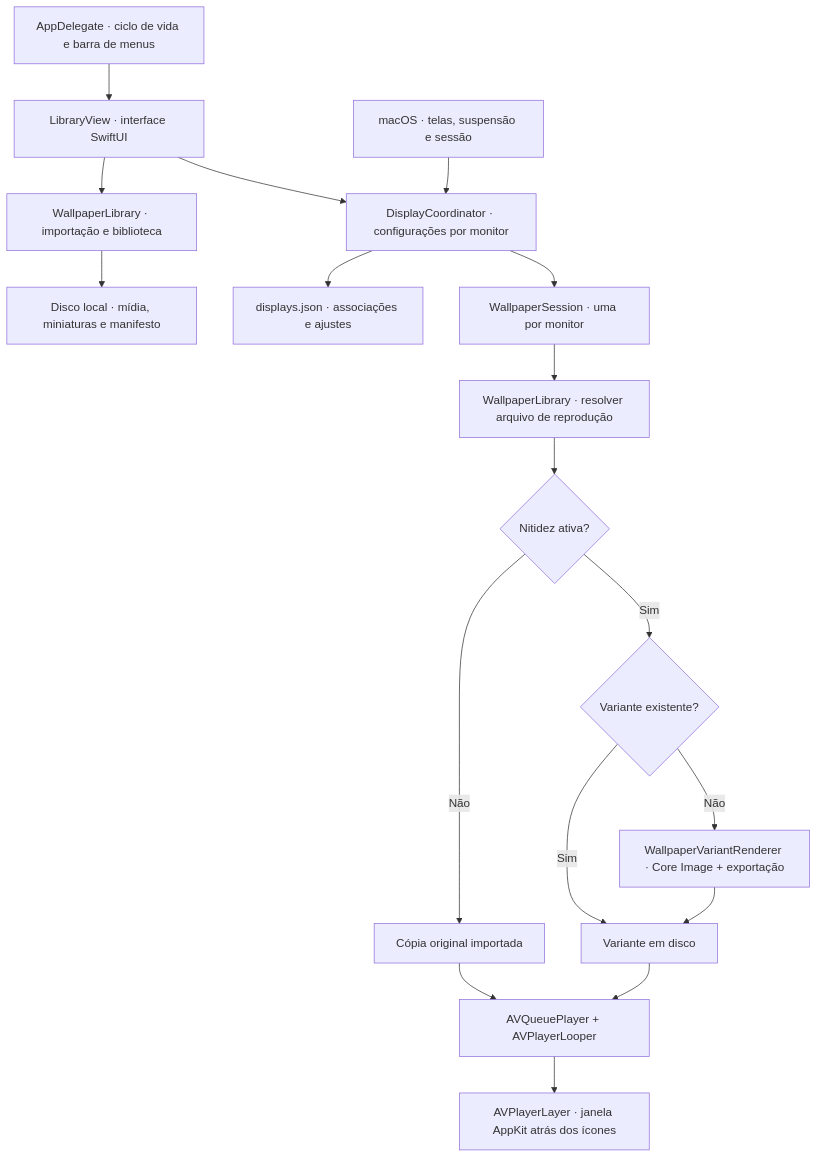
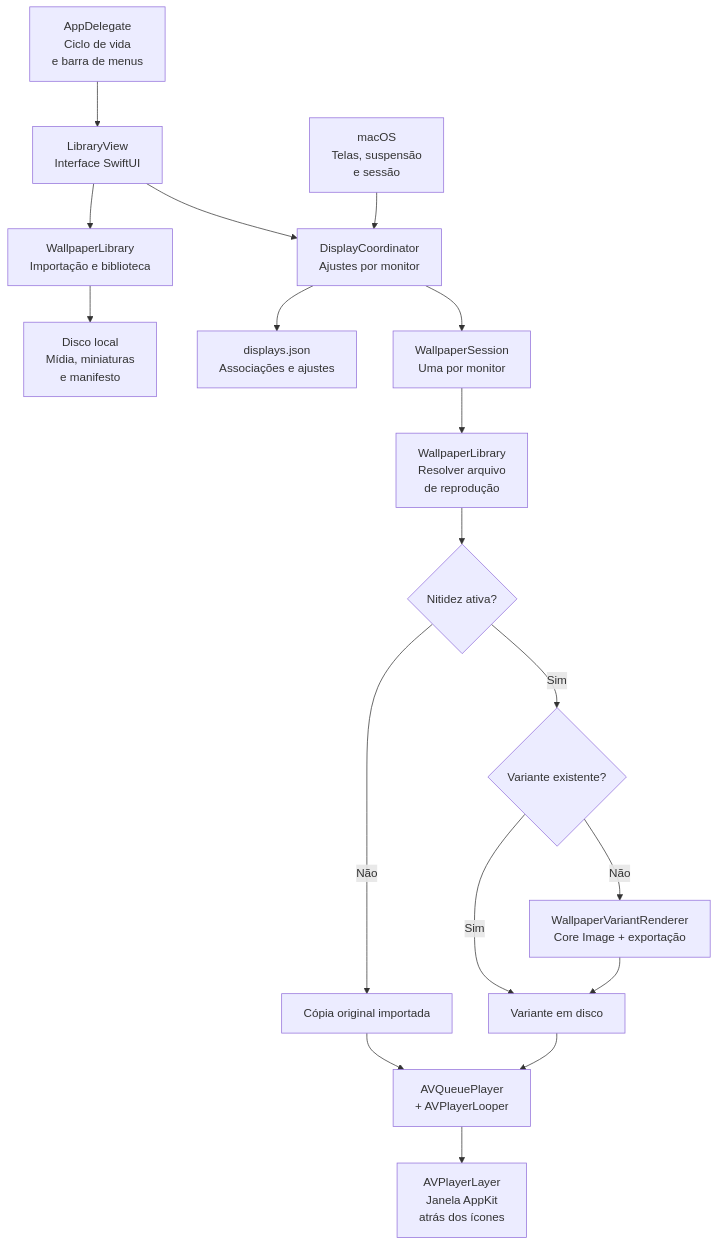
Before and after one commit to marcioecom/waypaper: the diagram in README.pt-BR.md, drawn with Mermaid. The commit also changed 1 other file, not shown here.

Commit message:
chore: rearrange flowchart names

````diff
--- a/README.pt-BR.md
+++ b/README.pt-BR.md
@@ -114,20 +114,20 @@
 ```mermaid
 flowchart TD
-    App["AppDelegate · ciclo de vida e barra de menus"] --> UI["LibraryView · interface SwiftUI"]
-    UI --> Library["WallpaperLibrary · importação e biblioteca"]
-    UI --> Coordinator["DisplayCoordinator · configurações por monitor"]
-    Library --> Files["Disco local · mídia, miniaturas e manifesto"]
-    Coordinator --> Settings["displays.json · associações e ajustes"]
-    OS["macOS · telas, suspensão e sessão"] --> Coordinator
-    Coordinator --> Session["WallpaperSession · uma por monitor"]
-    Session --> Resolve["WallpaperLibrary · resolver arquivo de reprodução"]
+    App["AppDelegate<br/>Ciclo de vida<br/>e barra de menus"] --> UI["LibraryView<br/>Interface SwiftUI"]
+    UI --> Library["WallpaperLibrary<br/>Importação e biblioteca"]
+    UI --> Coordinator["DisplayCoordinator<br/>Ajustes por monitor"]
+    Library --> Files["Disco local<br/>Mídia, miniaturas<br/>e manifesto"]
+    Coordinator --> Settings["displays.json<br/>Associações e ajustes"]
+    OS["macOS<br/>Telas, suspensão<br/>e sessão"] --> Coordinator
+    Coordinator --> Session["WallpaperSession<br/>Uma por monitor"]
+    Session --> Resolve["WallpaperLibrary<br/>Resolver arquivo<br/>de reprodução"]
     Resolve --> Choice{"Nitidez ativa?"}
     Choice -->|Não| Original["Cópia original importada"]
     Choice -->|Sim| Cache{"Variante existente?"}
     Cache -->|Sim| Variant["Variante em disco"]
-    Cache -->|Não| Render["WallpaperVariantRenderer · Core Image + exportação"]
+    Cache -->|Não| Render["WallpaperVariantRenderer<br/>Core Image + exportação"]
     Render --> Variant
-    Original --> Player["AVQueuePlayer + AVPlayerLooper"]
+    Original --> Player["AVQueuePlayer<br/>+ AVPlayerLooper"]
     Variant --> Player
-    Player --> Desktop["AVPlayerLayer · janela AppKit atrás dos ícones"]
+    Player --> Desktop["AVPlayerLayer<br/>Janela AppKit<br/>atrás dos ícones"]
 ```
````
